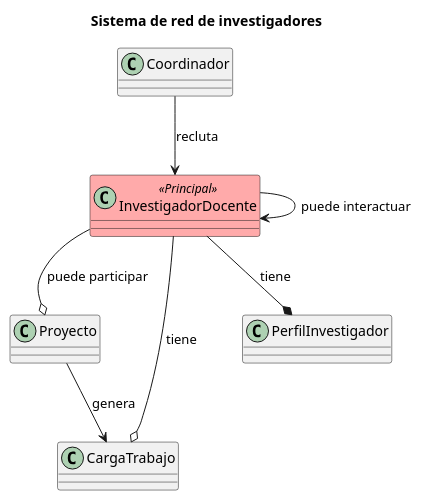
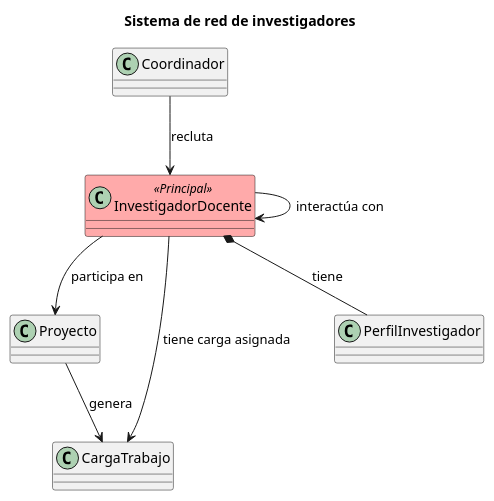
The diagram in documentación/ModeloDelDominio/Diagramas/Clases/DiagramaClasesRed.puml (31Diego/25-26-IdSw1-SdR), drawn with PlantUML before and after one commit. The commit also changed 10 other files, not shown here.

Commit message:
corrección errores en las relaciones de los diagramas

```diff
--- a/documentación/ModeloDelDominio/Diagramas/Clases/DiagramaClasesRed.puml
+++ b/documentación/ModeloDelDominio/Diagramas/Clases/DiagramaClasesRed.puml
@@ -1,47 +1,30 @@
 @startuml DiagramaClasesRed
 
+title Sistema de red de investigadores
 
-title: Sistema de red de investigadores
-
-
-
-class InvestigadorDocente <<Principal>> #FFAAAA{
-
+class InvestigadorDocente <<Principal>> #FFAAAA {
 }
 
-
-class Proyecto{
-
+class Proyecto {
 }
 
-
-class Coordinador{
-
+class Coordinador {
 }
 
-
-
-
-class CargaTrabajo{
-
+class CargaTrabajo {
 }
 
-
-
-class PerfilInvestigador{
-
+class PerfilInvestigador {
 }
 
+'--- Relaciones correctas ---
+InvestigadorDocente --> Proyecto : participa en
+InvestigadorDocente --> CargaTrabajo : tiene carga asignada
+InvestigadorDocente *-- PerfilInvestigador : tiene
+InvestigadorDocente --> InvestigadorDocente : interactúa con
 
+Proyecto --> CargaTrabajo : genera
 
-
-InvestigadorDocente --o Proyecto: puede participar
-InvestigadorDocente --o CargaTrabajo: tiene
-InvestigadorDocente --* PerfilInvestigador: tiene
-InvestigadorDocente --> InvestigadorDocente: puede interactuar
-
-Proyecto --> CargaTrabajo: genera
-
-Coordinador --> InvestigadorDocente: recluta
+Coordinador --> InvestigadorDocente : recluta
 
 @enduml
```
